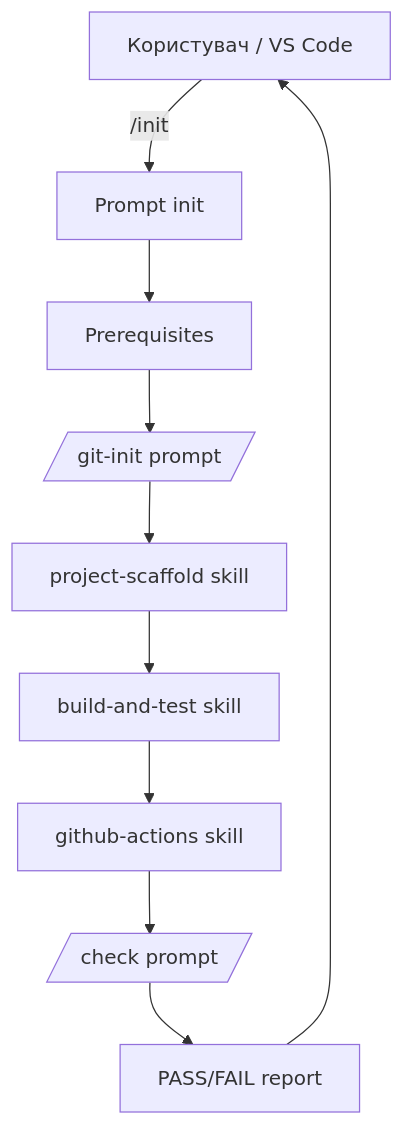
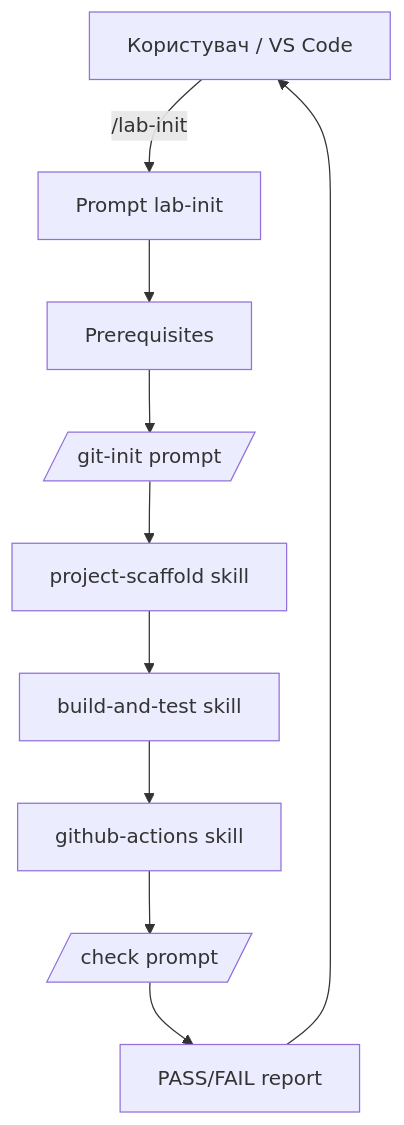
Before and after one commit to YkKostiantyn/kostiantyn_yaremchuk_ki_2023_lpnu_ua: the diagram in docs/architecture.md, drawn with Mermaid. The commit also changed other lines of this file and 6 other files, not shown here.

Commit message:
agent: rename orchestrator /init to /lab-init (conflict with built-in VS Code command)

````diff
--- a/docs/architecture.md
+++ b/docs/architecture.md
@@ -27,12 +29,12 @@
 ```mermaid
 flowchart TD
-  U[Користувач / VS Code] -->|/init| I[Prompt init]
+  U[Користувач / VS Code] -->|/lab-init| I[Prompt lab-init]
   I --> P[Prerequisites]
   P --> G[/git-init prompt/]
   G --> S[project-scaffold skill]
   S --> B[build-and-test skill]
   B --> A[github-actions skill]
   A --> C[/check prompt/]
   C --> R[PASS/FAIL report]
   R --> U
 ```
````
